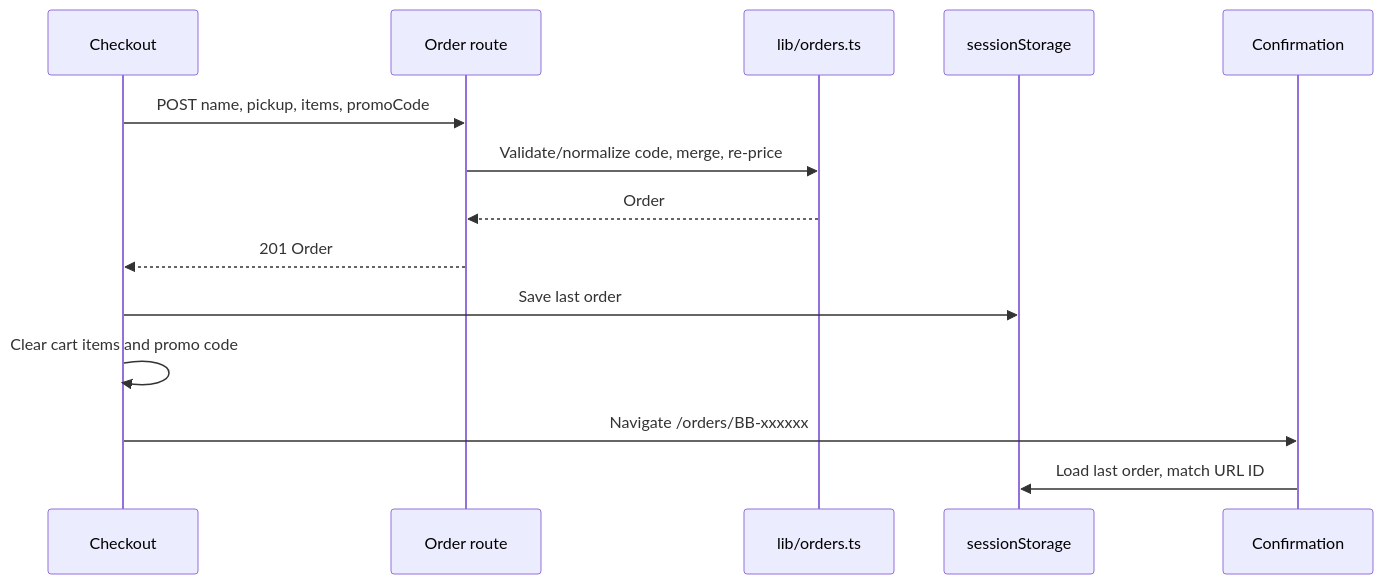
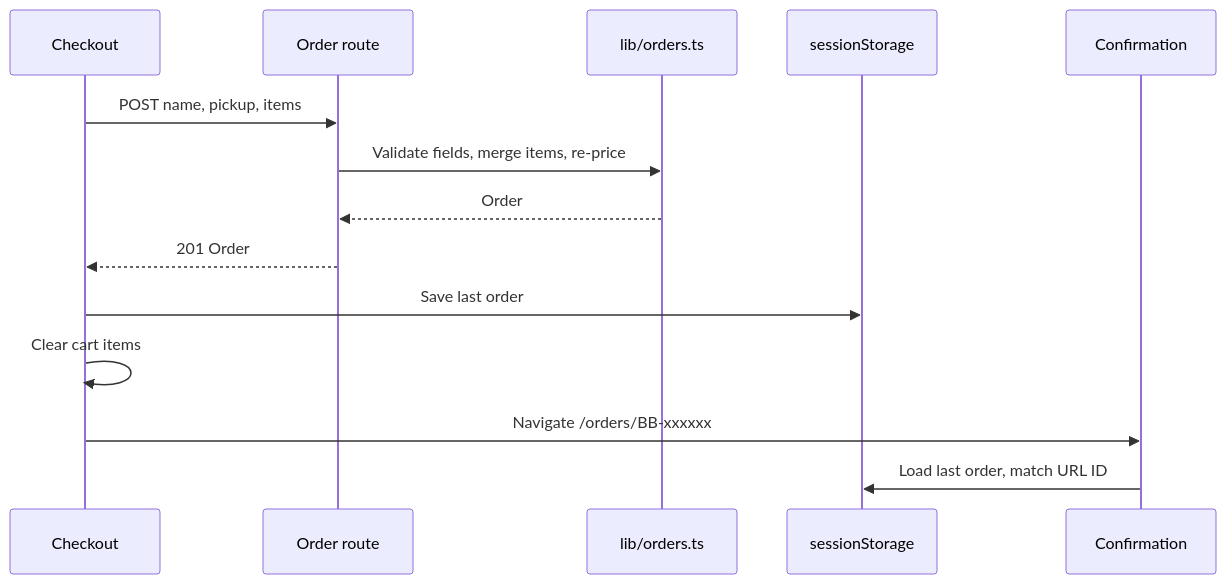
One commit to FactoryDemo/demo-storefront-practice changed the diagram in droid-wiki/features/checkout.md. Above: the diagram before and after it, drawn with Mermaid. The commit also changed other lines of this file and 15 other files, not shown here.

````diff
--- a/droid-wiki/features/checkout.md
+++ b/droid-wiki/features/checkout.md
@@ -30,16 +29,16 @@
 ```mermaid
 sequenceDiagram
   participant C as Checkout
   participant A as Order route
   participant L as lib/orders.ts
   participant S as sessionStorage
   participant P as Confirmation
-  C->>A: POST name, pickup, items, promoCode
-  A->>L: Validate/normalize code, merge, re-price
+  C->>A: POST name, pickup, items
+  A->>L: Validate fields, merge items, re-price
   L-->>A: Order
   A-->>C: 201 Order
   C->>S: Save last order
-  C->>C: Clear cart items and promo code
+  C->>C: Clear cart items
   C->>P: Navigate /orders/BB-xxxxxx
   P->>S: Load last order, match URL ID
 ```
````
